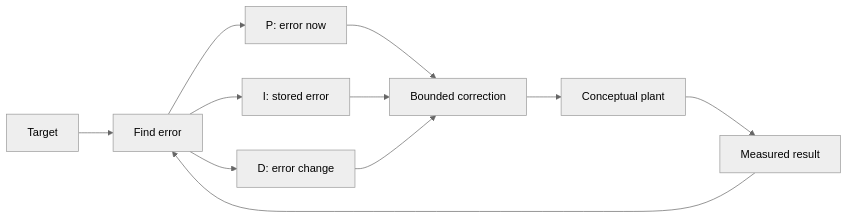
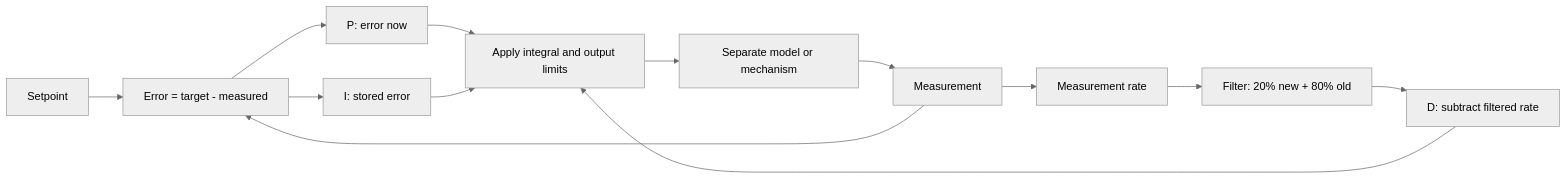
Before and after one commit to ARES-23247/ARESWEB: the diagram in content/learning/controls/03-pid-evidence.md, drawn with Mermaid (neutral theme). The commit also changed other lines of this file and 4 other files, not shown here.

````diff
--- a/content/learning/controls/03-pid-evidence.md
+++ b/content/learning/controls/03-pid-evidence.md
@@ -51,14 +72,16 @@
 ```mermaid
-%% aria: Target minus measured result creates error. The current error enters P, stored error enters I, and change in error enters D. The three corrections join a bounded output that drives the conceptual plant. The plant returns the next measurement.
+%% aria: The target and measurement create error. Current error enters P and stored error enters I. The measured value also enters a rate calculation and a 20 percent new, 80 percent old filter before the D term is subtracted. Output and integral limits bound the result before it reaches a separate mechanism or model.
 flowchart LR
-  T["Target"] --> E["Find error"]
-  M["Measured result"] --> E
+  T["Setpoint"] --> E["Error = target - measured"]
+  M["Measurement"] --> E
   E --> P["P: error now"]
   E --> I["I: stored error"]
-  E --> D["D: error change"]
-  P --> O["Bounded correction"]
+  M --> R["Measurement rate"]
+  R --> F["Filter: 20% new + 80% old"]
+  F --> D["D: subtract filtered rate"]
+  P --> O["Apply integral and output limits"]
   I --> O
   D --> O
-  O --> S["Conceptual plant"]
+  O --> S["Separate model or mechanism"]
   S --> M
 ```
````
